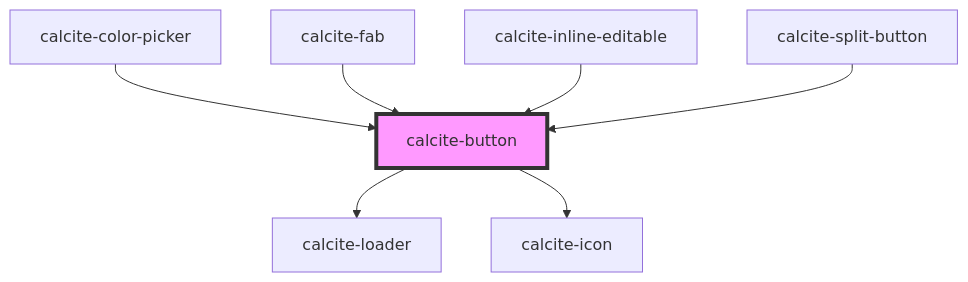
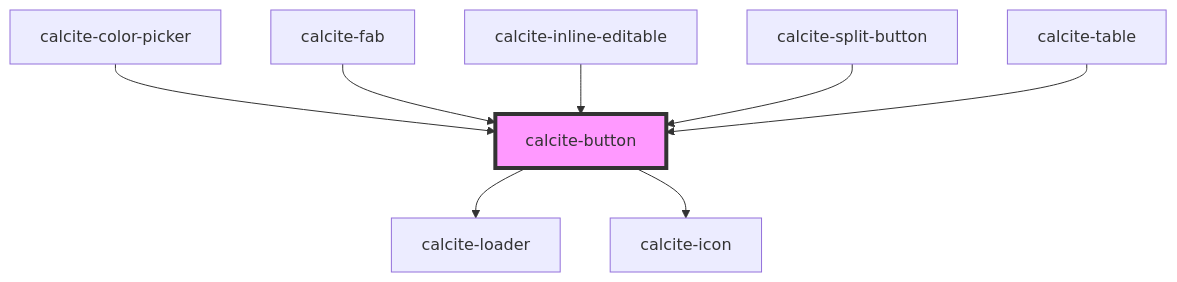
Before and after one commit to vikivakarvc/calcite-design-system: the diagram in packages/calcite-components/src/components/button/readme.md, drawn with Mermaid. The commit also changed other lines of this file and 91 other files, not shown here.

````diff
--- a/packages/calcite-components/src/components/button/readme.md
+++ b/packages/calcite-components/src/components/button/readme.md
@@ -118,10 +120,11 @@
 ```mermaid
 graph TD;
   calcite-button --> calcite-loader
   calcite-button --> calcite-icon
   calcite-color-picker --> calcite-button
   calcite-fab --> calcite-button
   calcite-inline-editable --> calcite-button
   calcite-split-button --> calcite-button
+  calcite-table --> calcite-button
   style calcite-button fill:#f9f,stroke:#333,stroke-width:4px
 ```
````
